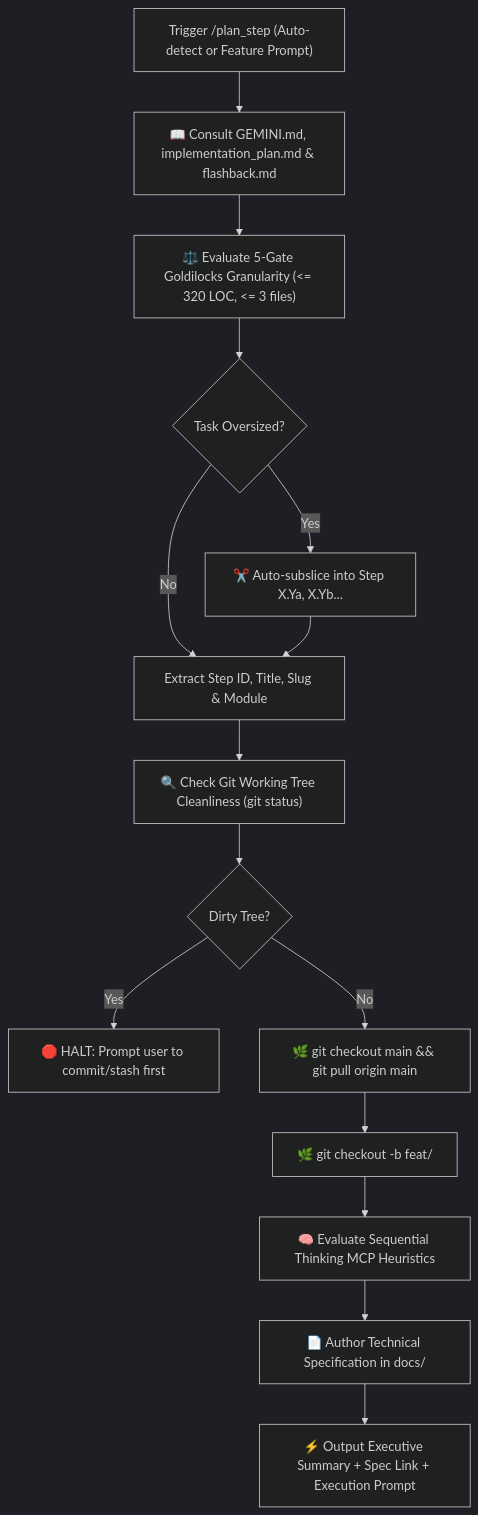
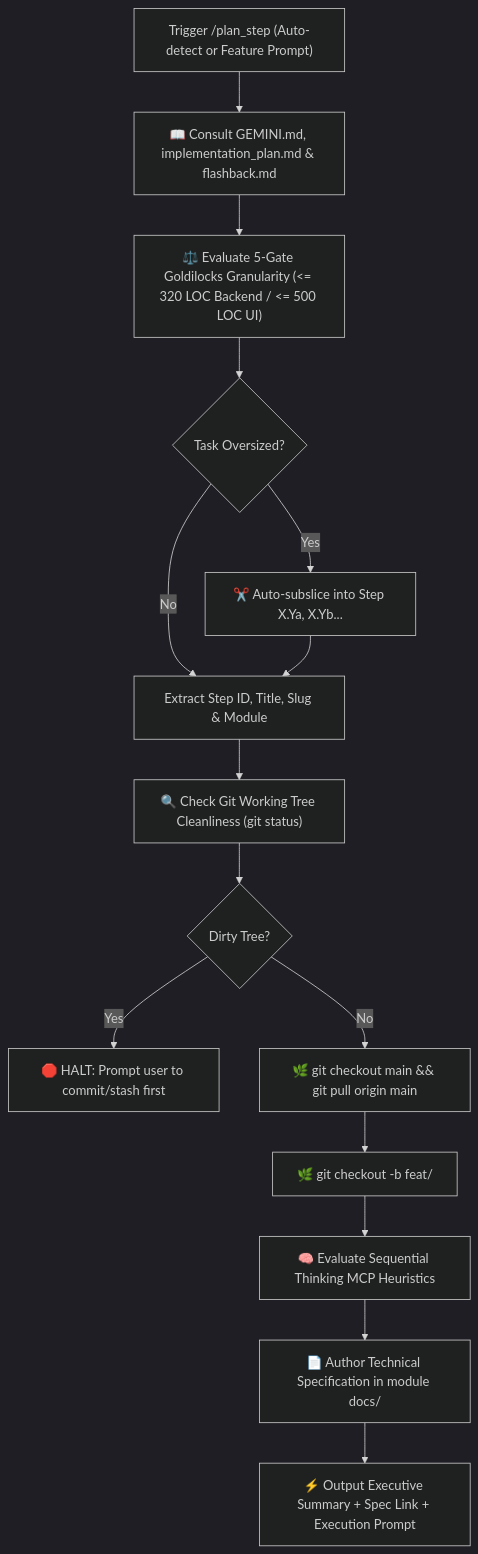
One commit to agrawalshivam279/safe-yatra changed the diagram in .agents/skills/plan_step/SKILL.md. Above: the diagram before and after it, drawn with Mermaid (dark theme). The commit also changed other lines of this file and 22 other files, not shown here.

````diff
--- a/.agents/skills/plan_step/SKILL.md
+++ b/.agents/skills/plan_step/SKILL.md
@@ -19,17 +20,17 @@
 ```mermaid
 flowchart TD
     A["Trigger /plan_step (Auto-detect or Feature Prompt)"] --> B["📖 Consult GEMINI.md, implementation_plan.md & flashback.md"]
-    B --> C["⚖️ Evaluate 5-Gate Goldilocks Granularity (<= 320 LOC, <= 3 files)"]
+    B --> C["⚖️ Evaluate 5-Gate Goldilocks Granularity (<= 320 LOC Backend / <= 500 LOC UI)"]
     C --> D{"Task Oversized?"}
     D -- "Yes" --> E["✂️ Auto-subslice into Step X.Ya, X.Yb..."]
     D -- "No" --> F["Extract Step ID, Title, Slug & Module"]
     E --> F
     F --> G["🔍 Check Git Working Tree Cleanliness (git status)"]
     G --> H{"Dirty Tree?"}
     H -- "Yes" --> I["🛑 HALT: Prompt user to commit/stash first"]
     H -- "No" --> J["🌿 git checkout main && git pull origin main"]
     J --> K["🌿 git checkout -b feat/<slug>"]
     K --> L["🧠 Evaluate Sequential Thinking MCP Heuristics"]
-    L --> M["📄 Author Technical Specification in docs/"]
+    L --> M["📄 Author Technical Specification in module docs/"]
     M --> N["⚡ Output Executive Summary + Spec Link + Execution Prompt"]
 ```
````
